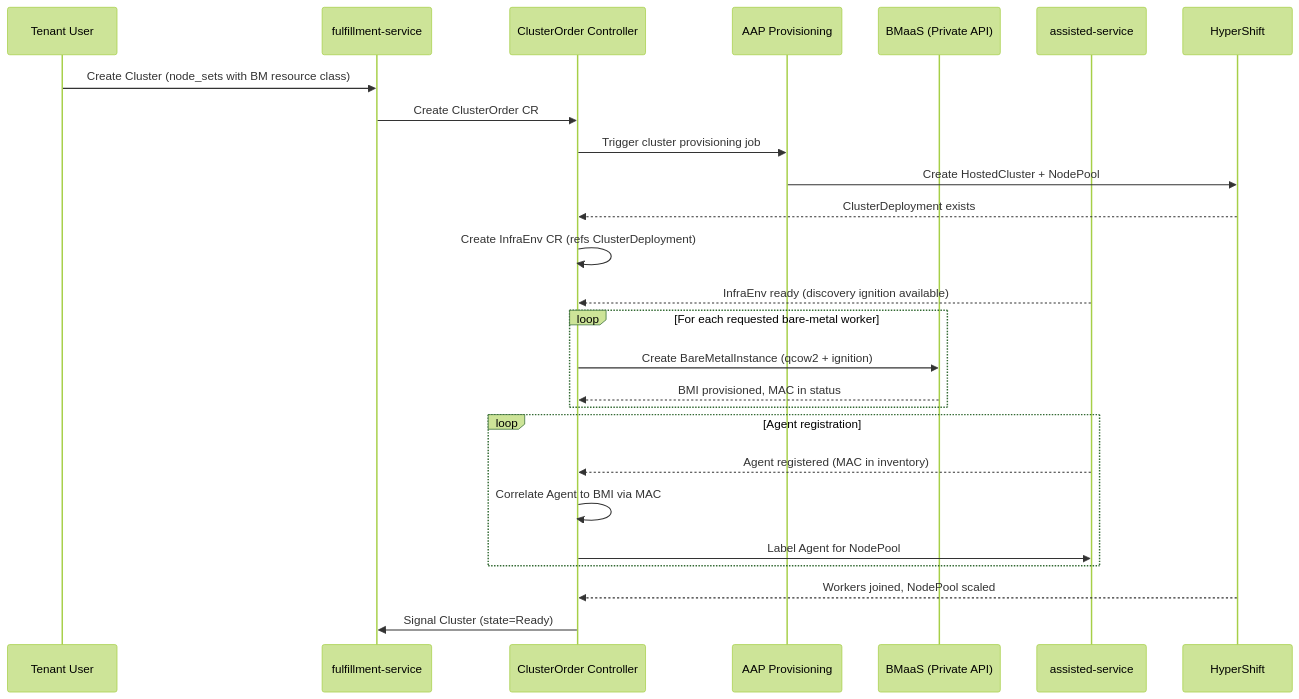
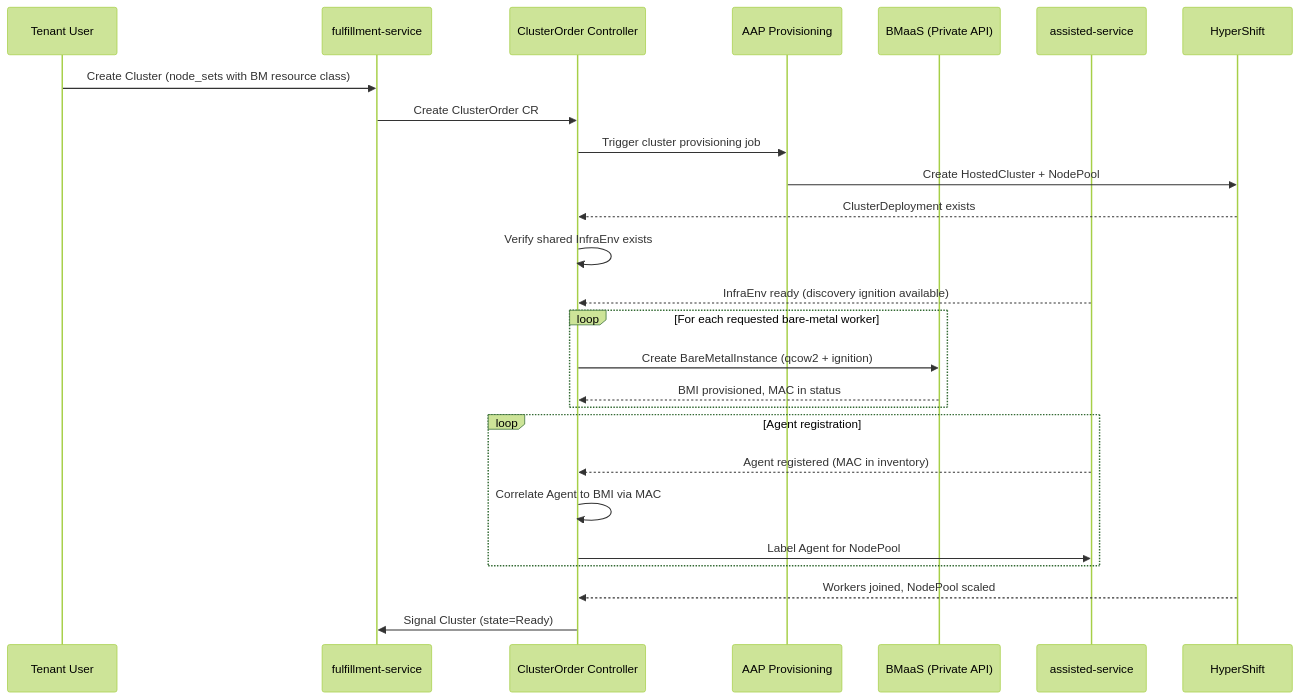
Before and after one commit to osac-project/enhancement-proposals: the first of 2 diagrams in enhancements/OSAC-2135-caas-bare-metal-worker-provisioning/design.md, drawn with Mermaid (forest theme). The commit also changed other lines of this file, not shown here.

````diff
--- a/enhancements/OSAC-2135-caas-bare-metal-worker-provisioning/design.md
+++ b/enhancements/OSAC-2135-caas-bare-metal-worker-provisioning/design.md
@@ -75,34 +78,34 @@
 ```mermaid
 sequenceDiagram
     participant T as Tenant User
     participant FS as fulfillment-service
     participant CO as ClusterOrder Controller
     participant AAP as AAP Provisioning
     participant BMaaS as BMaaS (Private API)
     participant AS as assisted-service
     participant HCP as HyperShift
 
     T->>FS: Create Cluster (node_sets with BM resource class)
     FS->>CO: Create ClusterOrder CR
 
     CO->>AAP: Trigger cluster provisioning job
     AAP->>HCP: Create HostedCluster + NodePool
     HCP-->>CO: ClusterDeployment exists
 
-    CO->>CO: Create InfraEnv CR (refs ClusterDeployment)
+    CO->>CO: Verify shared InfraEnv exists
     AS-->>CO: InfraEnv ready (discovery ignition available)
 
     loop For each requested bare-metal worker
         CO->>BMaaS: Create BareMetalInstance (qcow2 + ignition)
         BMaaS-->>CO: BMI provisioned, MAC in status
     end
 
     loop Agent registration
         AS-->>CO: Agent registered (MAC in inventory)
         CO->>CO: Correlate Agent to BMI via MAC
         CO->>AS: Label Agent for NodePool
     end
 
     HCP-->>CO: Workers joined, NodePool scaled
     CO->>FS: Signal Cluster (state=Ready)
 ```
````
